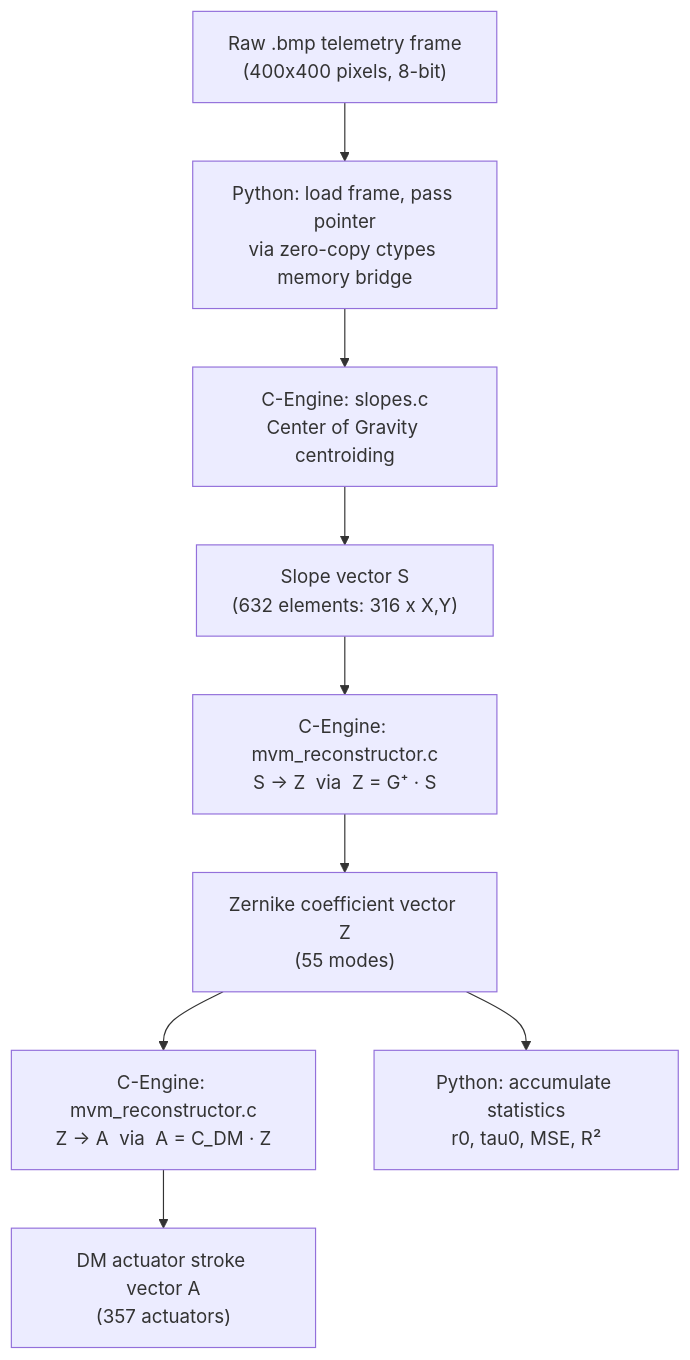
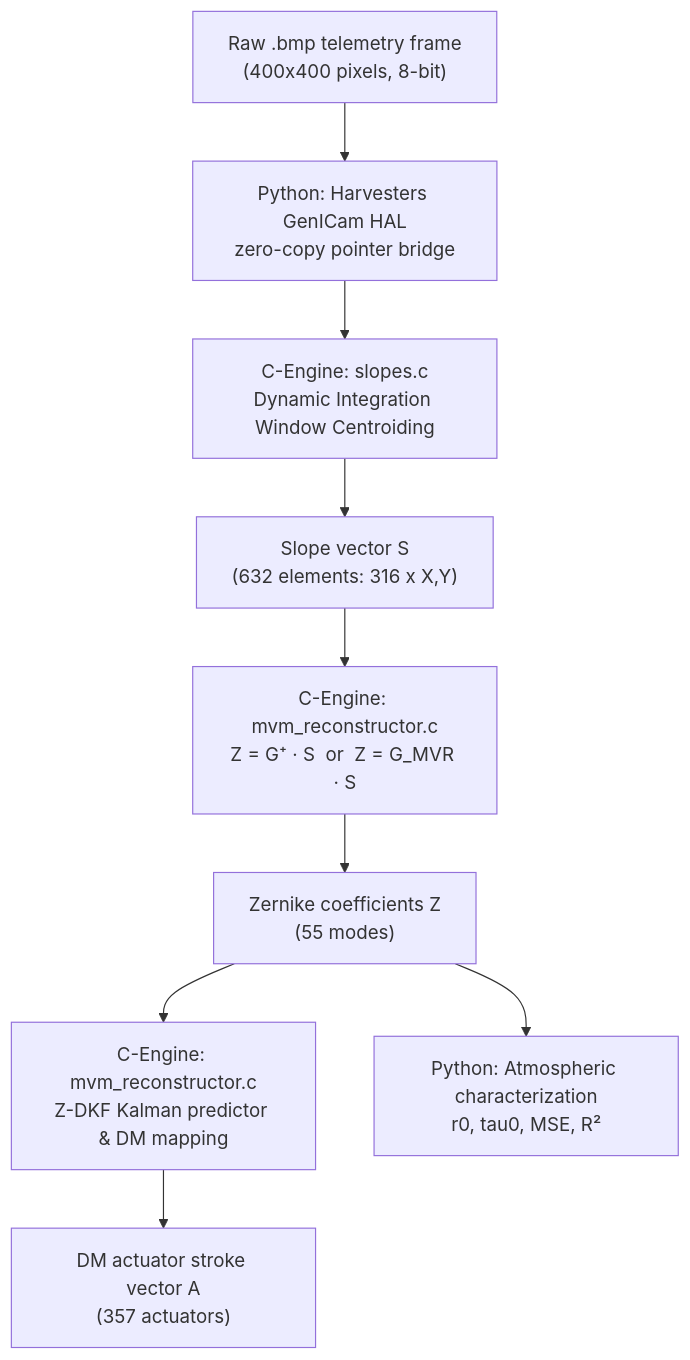
Before and after one commit to Deeven-Seru/project-radius: the diagram in README.md, drawn with Mermaid. The commit also changed other lines of this file, not shown here.

````diff
--- a/README.md
+++ b/README.md
@@ -141,15 +99,15 @@
 ```mermaid
 graph TD
     A["Raw .bmp telemetry frame\n(400x400 pixels, 8-bit)"]
-    B["Python: load frame, pass pointer\nvia zero-copy ctypes memory bridge"]
-    C["C-Engine: slopes.c\nCenter of Gravity centroiding"]
+    B["Python: Harvesters GenICam HAL\nzero-copy pointer bridge"]
+    C["C-Engine: slopes.c\nDynamic Integration Window Centroiding"]
     D["Slope vector S\n(632 elements: 316 x X,Y)"]
-    E["C-Engine: mvm_reconstructor.c\nS → Z  via  Z = G⁺ · S"]
-    F["Zernike coefficient vector Z\n(55 modes)"]
-    G["C-Engine: mvm_reconstructor.c\nZ → A  via  A = C_DM · Z"]
+    E["C-Engine: mvm_reconstructor.c\nZ = G⁺ · S  or  Z = G_MVR · S"]
+    F["Zernike coefficients Z\n(55 modes)"]
+    G["C-Engine: mvm_reconstructor.c\nZ-DKF Kalman predictor & DM mapping"]
     H["DM actuator stroke vector A\n(357 actuators)"]
-    I["Python: accumulate statistics\nr0, tau0, MSE, R²"]
+    I["Python: Atmospheric characterization\nr0, tau0, MSE, R²"]
 
     A --> B --> C --> D --> E --> F --> G --> H
     F --> I
 ```
````
